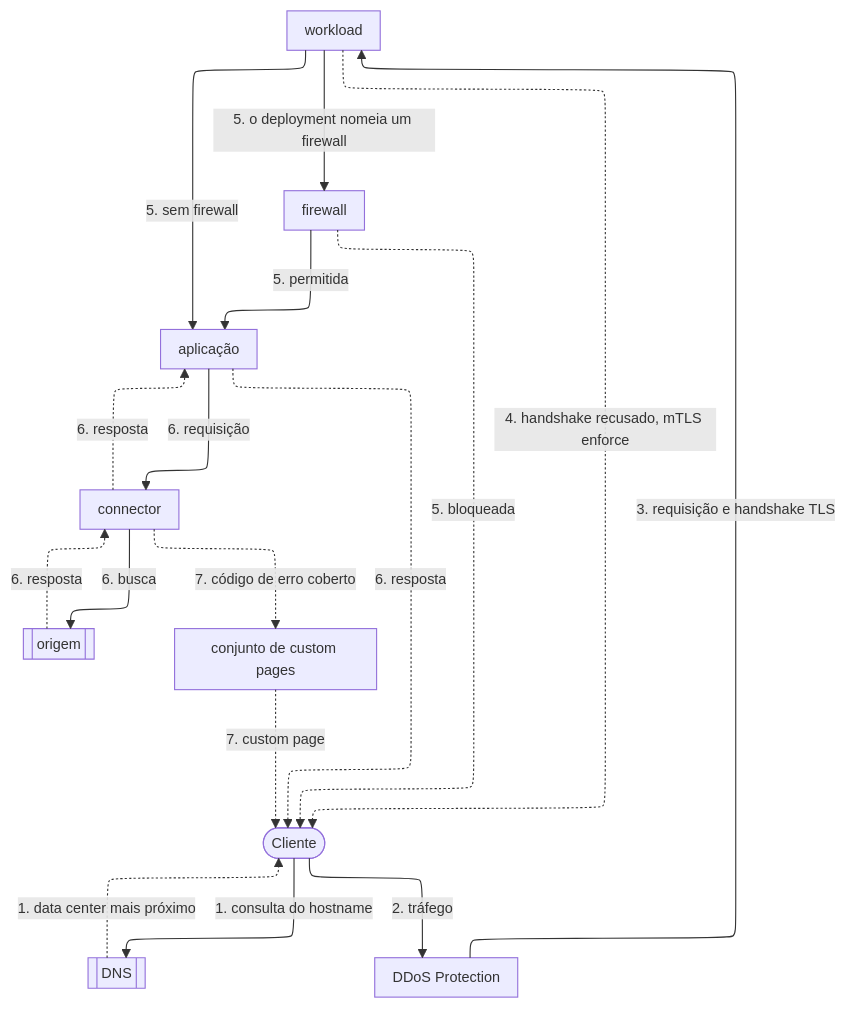
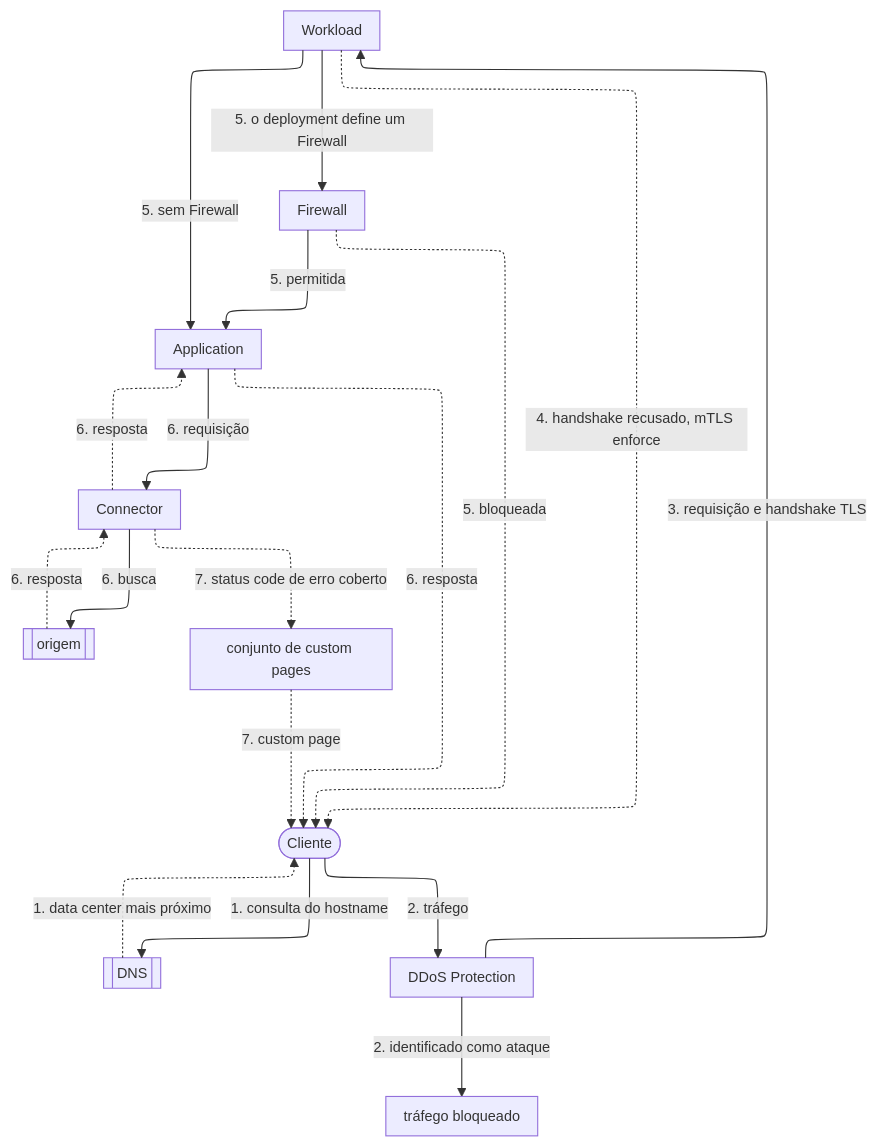
One commit to aziontech/docs changed the first of 5 diagrams in apps/docs/src/content/docs/pt-br/pages/secure/workloads/como-funciona.mdx. Above: the diagram before and after it, drawn with Mermaid. The commit also changed other lines of this file and 1 other file, not shown here.

````diff
--- a/apps/docs/src/content/docs/pt-br/pages/secure/workloads/como-funciona.mdx
+++ b/apps/docs/src/content/docs/pt-br/pages/secure/workloads/como-funciona.mdx
@@ -32,29 +32,31 @@
 ```mermaid
 %%{init: {"layout": "elk", "elk": {"preset": "modelOrder", "keepEntryNodeOnTop": true}, "themeVariables": {"fontSize": "13px"}, "flowchart": {"nodeSpacing": 24, "rankSpacing": 36, "padding": 8, "wrappingWidth": 150, "useMaxWidth": true}, "sequence": {"width": 120, "actorMargin": 30, "useMaxWidth": true}}}%%
 flowchart TD
   Client(["Cliente"])
   DNS[["DNS"]]
   DDoS["DDoS Protection"]
-  WL["workload"]
-  FW["firewall"]
-  App["aplicação"]
-  Conn["connector"]
+  Blocked["tráfego bloqueado"]
+  WL["Workload"]
+  FW["Firewall"]
+  App["Application"]
+  Conn["Connector"]
   Origin[["origem"]]
   CP["conjunto de custom pages"]
   Client -->|"1. consulta do hostname"| DNS
   DNS -.->|"1. data center mais próximo"| Client
   Client -->|"2. tráfego"| DDoS
+  DDoS -->|"2. identificado como ataque"| Blocked
   DDoS -->|"3. requisição e handshake TLS"| WL
   WL -.->|"4. handshake recusado, mTLS enforce"| Client
-  WL -->|"5. o deployment nomeia um firewall"| FW
-  WL -->|"5. sem firewall"| App
+  WL -->|"5. o deployment define um Firewall"| FW
+  WL -->|"5. sem Firewall"| App
   FW -->|"5. permitida"| App
   FW -.->|"5. bloqueada"| Client
   App -->|"6. requisição"| Conn
   Conn -->|"6. busca"| Origin
   Origin -.->|"6. resposta"| Conn
   Conn -.->|"6. resposta"| App
   App -.->|"6. resposta"| Client
-  Conn -.->|"7. código de erro coberto"| CP
+  Conn -.->|"7. status code de erro coberto"| CP
   CP -.->|"7. custom page"| Client
 ```
````
